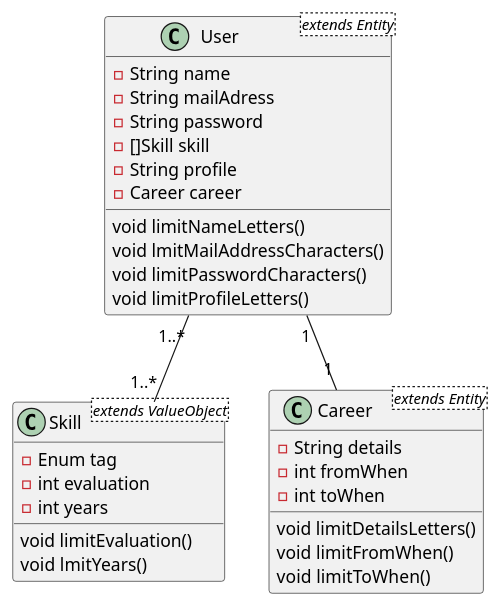
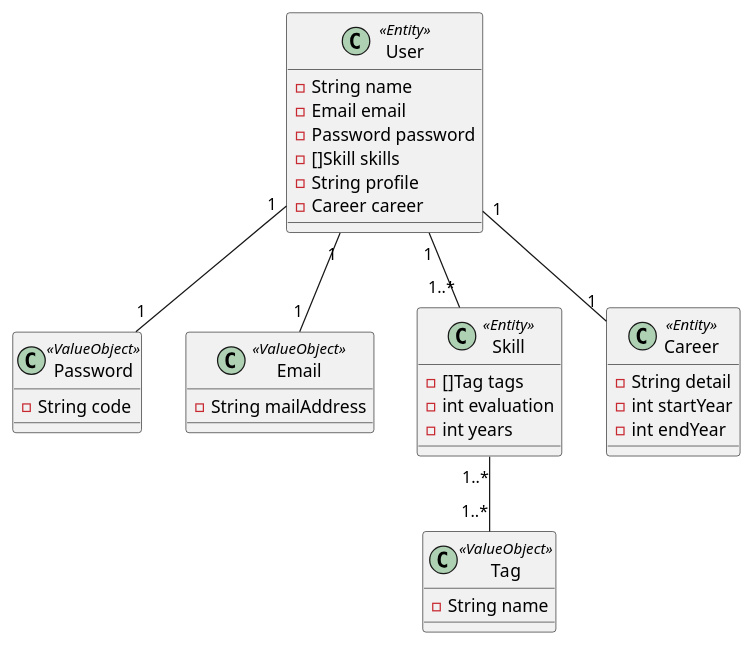
One commit to snow1218kei/architecture-study changed the diagram in plantuml.pu. Above: the diagram before and after it, drawn with PlantUML.

Commit message:
修正対応

```diff
--- a/plantuml.pu
+++ b/plantuml.pu
@@ -1,36 +1,42 @@
 @startuml
 
-class User<extends Entity> {
+class User << Entity >> {
  - String name
- - String mailAdress
- - String password
- - []Skill skill
+ - Email email
+ - Password password
+ - []Skill skills
  - String profile
  - Career career
- void limitNameLetters()
- void lmitMailAddressCharacters()
- void limitPasswordCharacters()
- void limitProfileLetters()
 }
 
-class Skill<extends ValueObject> {
- - Enum tag
+class Password << ValueObject >> {
+ - String code
+}
+
+class Email << ValueObject >> {
+ - String mailAddress
+}
+
+class Skill << Entity >> {
+ - []Tag tags
  - int evaluation
  - int years
- void limitEvaluation()
- void lmitYears()
 }
 
-class Career<extends Entity> {
- - String details
- - int fromWhen
- - int toWhen
- void limitDetailsLetters()
- void limitFromWhen()
- void limitToWhen()
+class Tag << ValueObject >> {
+ - String name 
 }
 
+class Career << Entity >> {
+ - String detail
+ - int startYear
+ - int endYear
+}
+
+User "1" -- "1" Email
+User "1" -- "1" Password
 User "1" -- "1" Career
-User "1..*" -- "1..*" Skill
+User "1" -- "1..*" Skill
+Skill "1..*" -- "1..*" Tag
 
 @enduml
```
